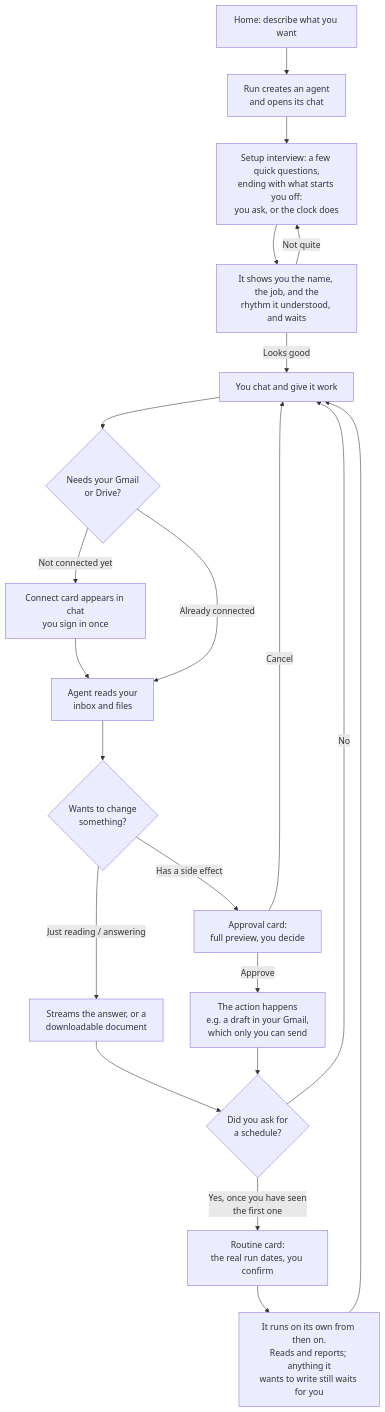
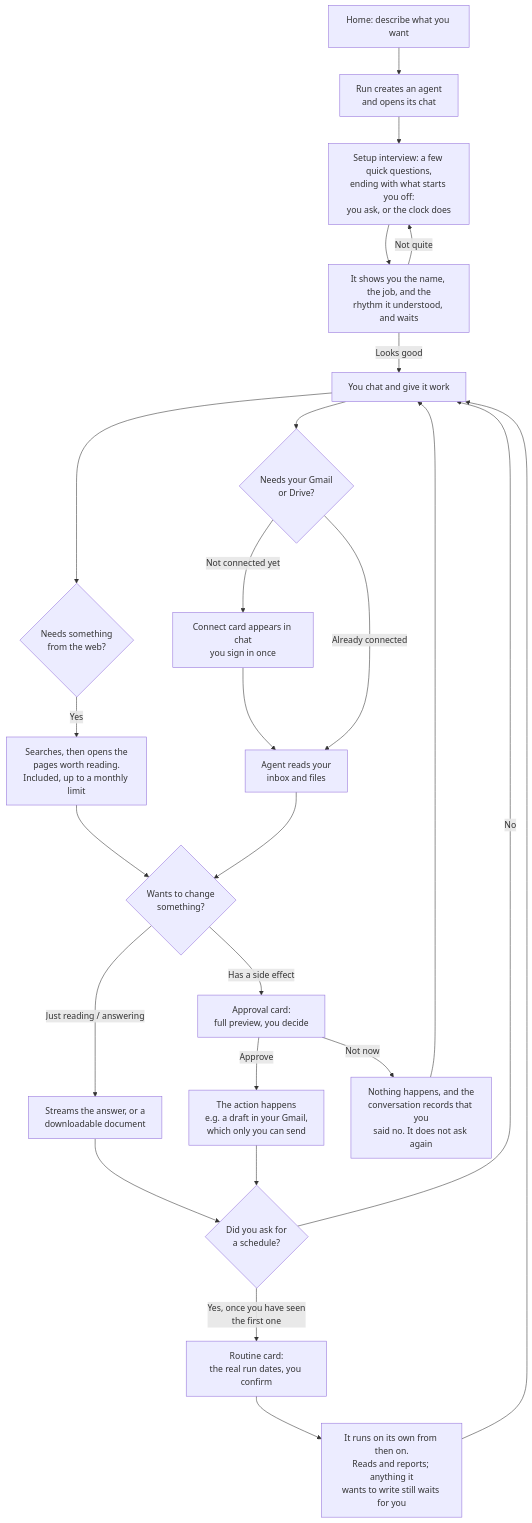
The first of 4 diagrams in README.md (choongching/run), drawn with Mermaid before and after one commit. The commit also changed other lines of this file and 5 other files, not shown here.

````diff
--- a/README.md
+++ b/README.md
@@ -34,23 +37,27 @@
 ```mermaid
 flowchart TD
     A["Home: describe what you want"] --> B["Run creates an agent<br/>and opens its chat"]
     B --> C["Setup interview: a few quick questions,<br/>ending with what starts you off:<br/>you ask, or the clock does"]
     C --> R["It shows you the name, the job, and the<br/>rhythm it understood, and waits"]
     R -->|Not quite| C
     R -->|Looks good| D["You chat and give it work"]
     D --> E{"Needs your Gmail<br/>or Drive?"}
     E -->|Not connected yet| F["Connect card appears in chat<br/>you sign in once"]
     F --> G
     E -->|Already connected| G["Agent reads your<br/>inbox and files"]
+    D --> W{"Needs something<br/>from the web?"}
+    W -->|Yes| WS["Searches, then opens the<br/>pages worth reading.<br/>Included, up to a monthly limit"]
+    WS --> H
     G --> H{"Wants to change<br/>something?"}
     H -->|Just reading / answering| J["Streams the answer, or a<br/>downloadable document"]
     H -->|Has a side effect| I["Approval card:<br/>full preview, you decide"]
     I -->|Approve| K["The action happens<br/>e.g. a draft in your Gmail,<br/>which only you can send"]
-    I -->|Cancel| D
+    I -->|Not now| N["Nothing happens, and the<br/>conversation records that you<br/>said no. It does not ask again"]
+    N --> D
     J --> S
     K --> S{"Did you ask for<br/>a schedule?"}
     S -->|No| D
     S -->|Yes, once you have seen<br/>the first one| T["Routine card:<br/>the real run dates, you confirm"]
     T --> V["It runs on its own from then on.<br/>Reads and reports; anything it<br/>wants to write still waits for you"]
     V --> D
 ```
````
